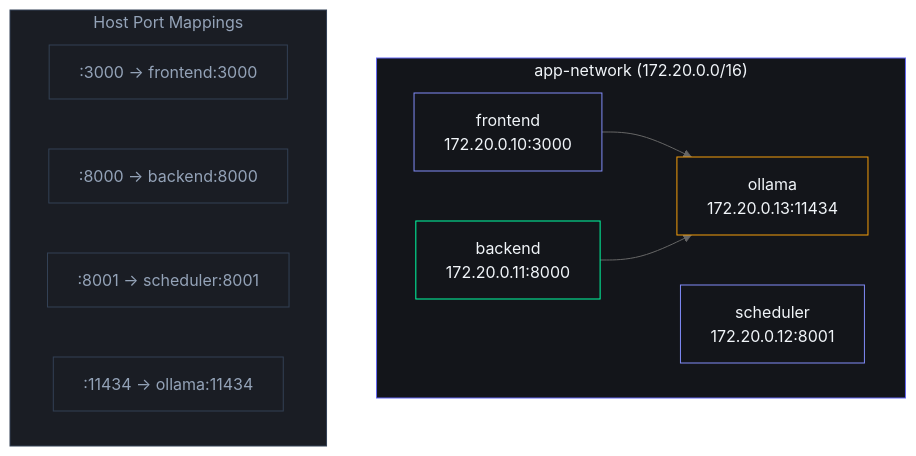
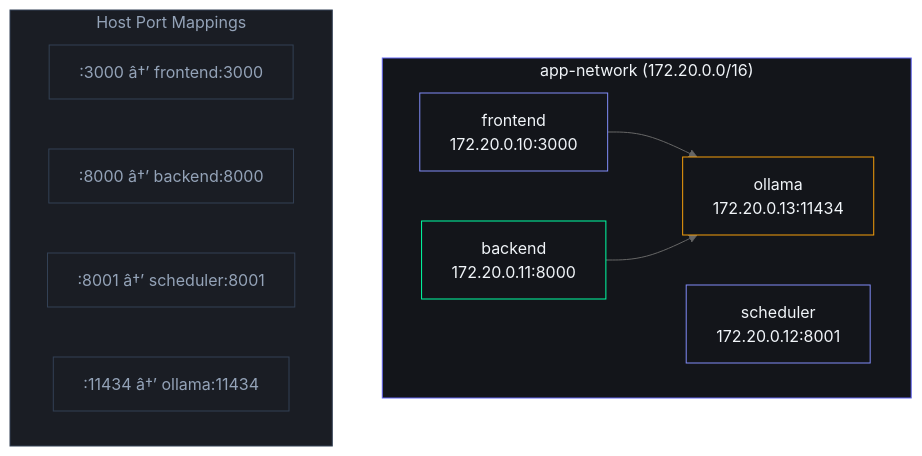
The third of 3 diagrams in docs/devops/Docker.md (rohitkumarnaidu/ARIA-OS---SecondBrain-), drawn with Mermaid (neutral theme) before and after one commit. The commit also changed other lines of this file and 9 other files, not shown here.

````diff
--- a/docs/devops/Docker.md
+++ b/docs/devops/Docker.md
@@ -481,29 +481,29 @@
 ```mermaid
 graph TD
     subgraph AppNetwork["app-network (172.20.0.0/16)"]
         Frontend["frontend<br/>172.20.0.10:3000"]
         Backend["backend<br/>172.20.0.11:8000"]
         Scheduler["scheduler<br/>172.20.0.12:8001"]
         OllamaNW["ollama<br/>172.20.0.13:11434"]
         Frontend --> OllamaNW
         Backend --> OllamaNW
     end
 
     subgraph PortMappings["Host Port Mappings"]
-        P1[":3000 → frontend:3000"]
-        P2[":8000 → backend:8000"]
-        P3[":8001 → scheduler:8001"]
-        P4[":11434 → ollama:11434"]
+        P1[":3000 â†’ frontend:3000"]
+        P2[":8000 â†’ backend:8000"]
+        P3[":8001 â†’ scheduler:8001"]
+        P4[":11434 â†’ ollama:11434"]
     end
 
     style AppNetwork fill:#13151A,stroke:#6366F1,color:#F1F5F9
     style Frontend fill:#13151A,stroke:#818CF8,color:#F1F5F9
     style Backend fill:#13151A,stroke:#00FFA3,color:#F1F5F9
     style Scheduler fill:#13151A,stroke:#818CF8,color:#F1F5F9
     style OllamaNW fill:#13151A,stroke:#F59E0B,color:#F1F5F9
     style PortMappings fill:#1A1D24,stroke:#334155,color:#94A3B8
     style P1 fill:#1A1D24,stroke:#334155,color:#94A3B8
     style P2 fill:#1A1D24,stroke:#334155,color:#94A3B8
     style P3 fill:#1A1D24,stroke:#334155,color:#94A3B8
     style P4 fill:#1A1D24,stroke:#334155,color:#94A3B8
 ```
````
